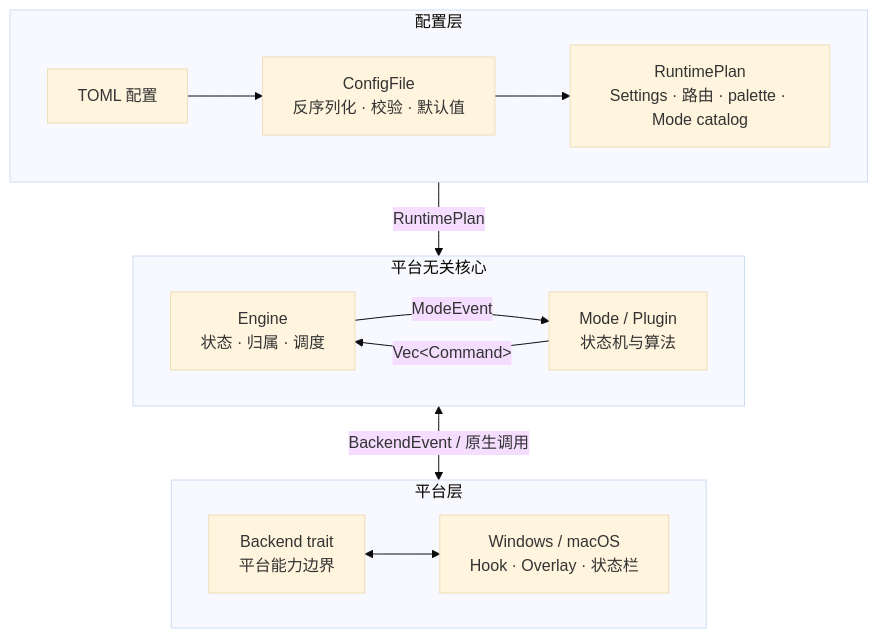
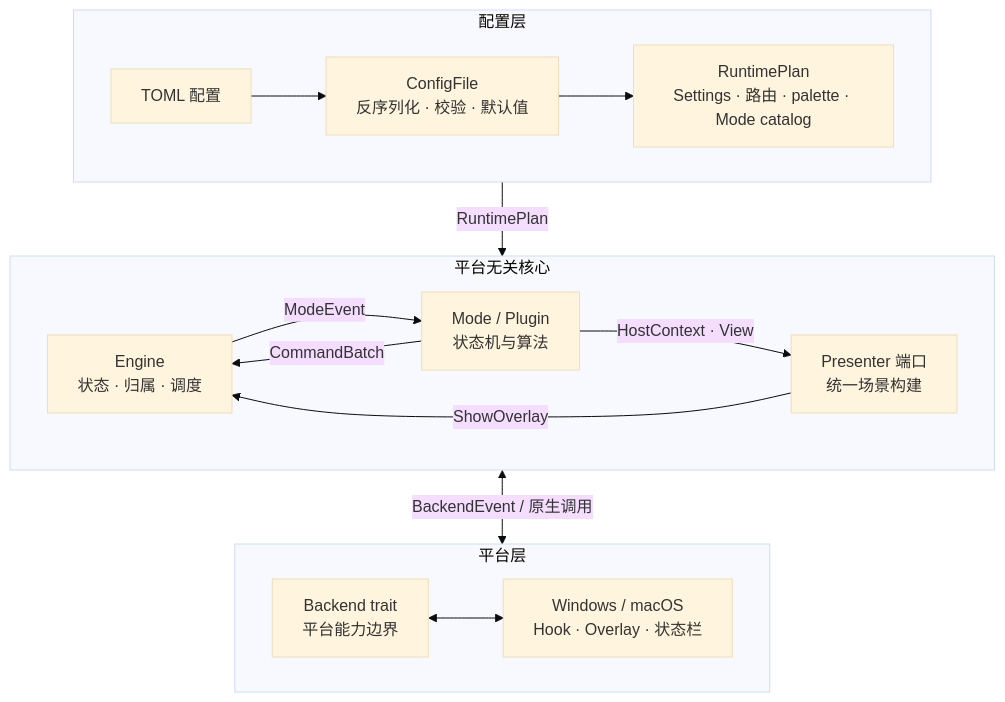
Before and after one commit to dccif/KeySteer: the first of 2 diagrams in docs/development/architecture.md, drawn with Mermaid (base theme). The commit also changed other lines of this file and 93 other files, not shown here.

````diff
--- a/docs/development/architecture.md
+++ b/docs/development/architecture.md
@@ -9,28 +9,30 @@
 ```mermaid
 flowchart TB
     subgraph configuration["配置层"]
         direction LR
         toml["TOML 配置"]
         config["ConfigFile<br/>反序列化 · 校验 · 默认值"]
         plan["RuntimePlan<br/>Settings · 路由 · palette · Mode catalog"]
         toml --> config --> plan
     end
 
     subgraph core["平台无关核心"]
         direction LR
         engine["Engine<br/>状态 · 归属 · 调度"]
         mode["Mode / Plugin<br/>状态机与算法"]
         engine -->|"ModeEvent"| mode
-        mode -->|"Vec&lt;Command&gt;"| engine
+        mode -->|"CommandBatch"| engine
+        mode -->|"HostContext · View"| presenter["Presenter 端口<br/>统一场景构建"]
+        presenter -->|"ShowOverlay"| engine
     end
 
     subgraph native["平台层"]
         direction LR
         backend["Backend trait<br/>平台能力边界"]
         os["Windows / macOS<br/>Hook · Overlay · 状态栏"]
         backend <--> os
     end
 
     configuration -->|"RuntimePlan"| core
     core <-->|"BackendEvent / 原生调用"| native
 ```
````
